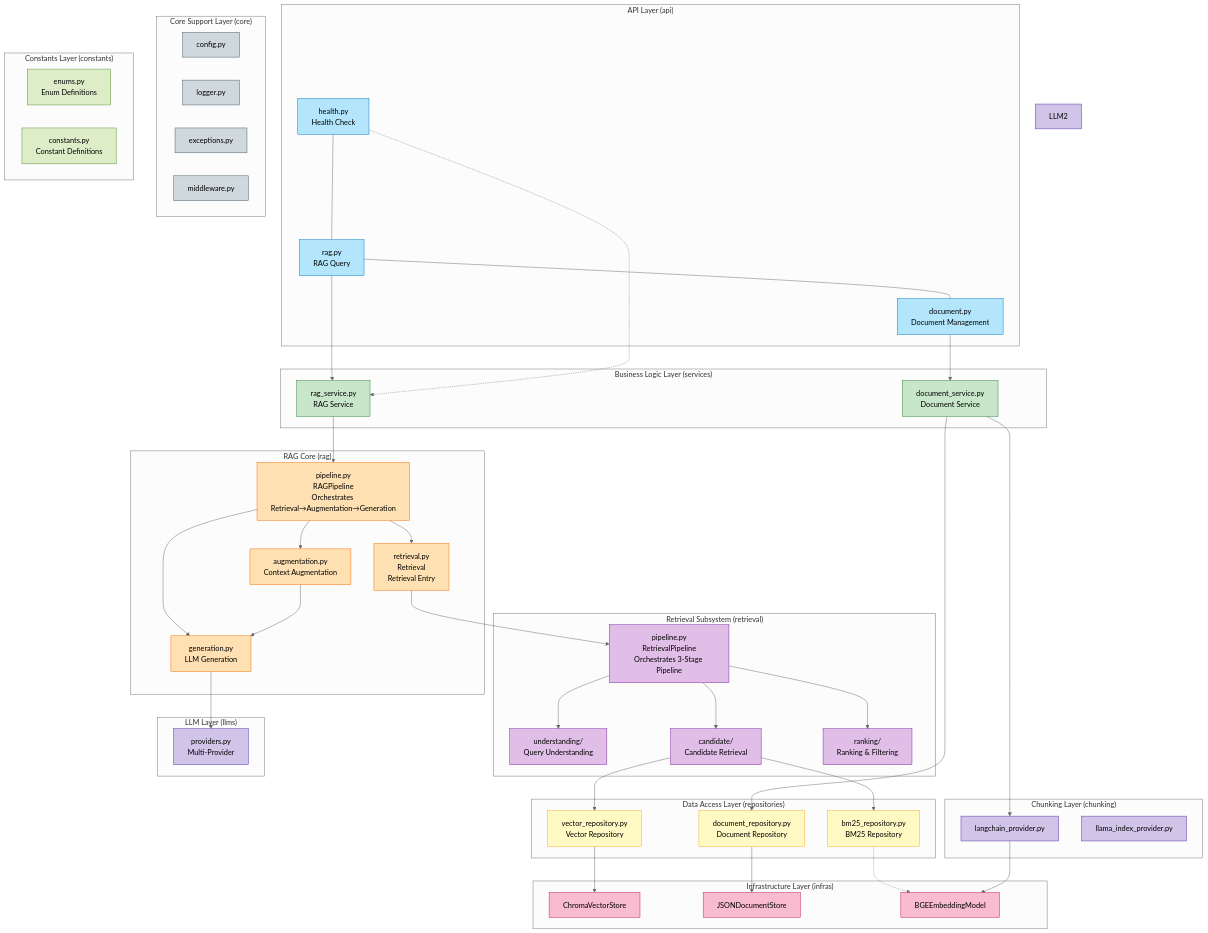
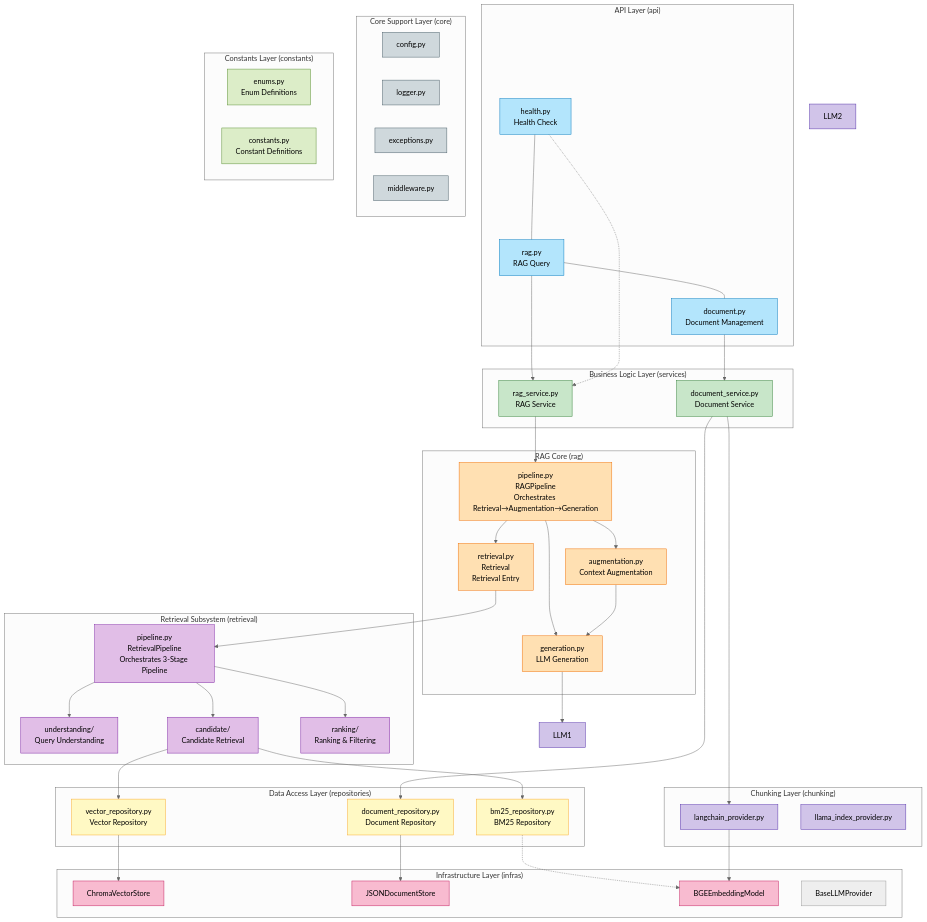
The second of 4 diagrams in README.en.md (chain-engine/x-GuanHai), drawn with Mermaid (neutral theme) before and after one commit. The commit also changed other lines of this file, not shown here.

Commit message:
fix: solve some bugs

```diff
--- a/README.en.md
+++ b/README.en.md
@@ -215,10 +215,7 @@
         I1["ChromaVectorStore"]
         I2["JSONDocumentStore"]
         I3["BGEEmbeddingModel"]
-    end
-
-    subgraph "LLM Layer (llms)"
-        LLM1["providers.py<br/>Multi-Provider"]
+        I4["BaseLLMProvider"]
     end
 
     subgraph "Chunking Layer (chunking)"
```
